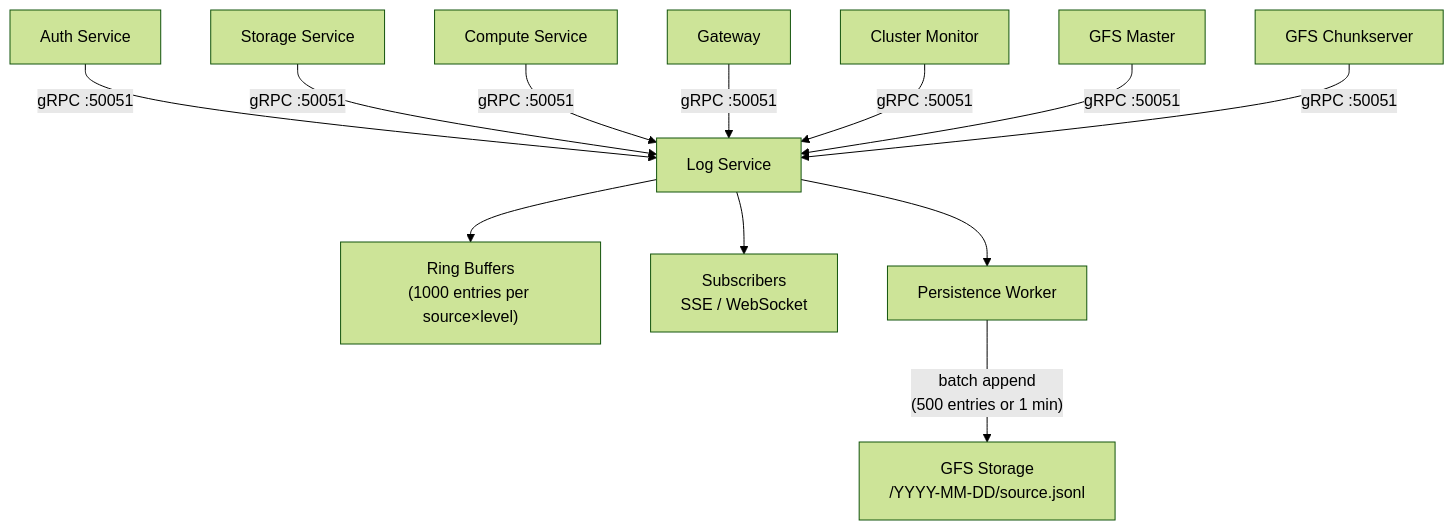
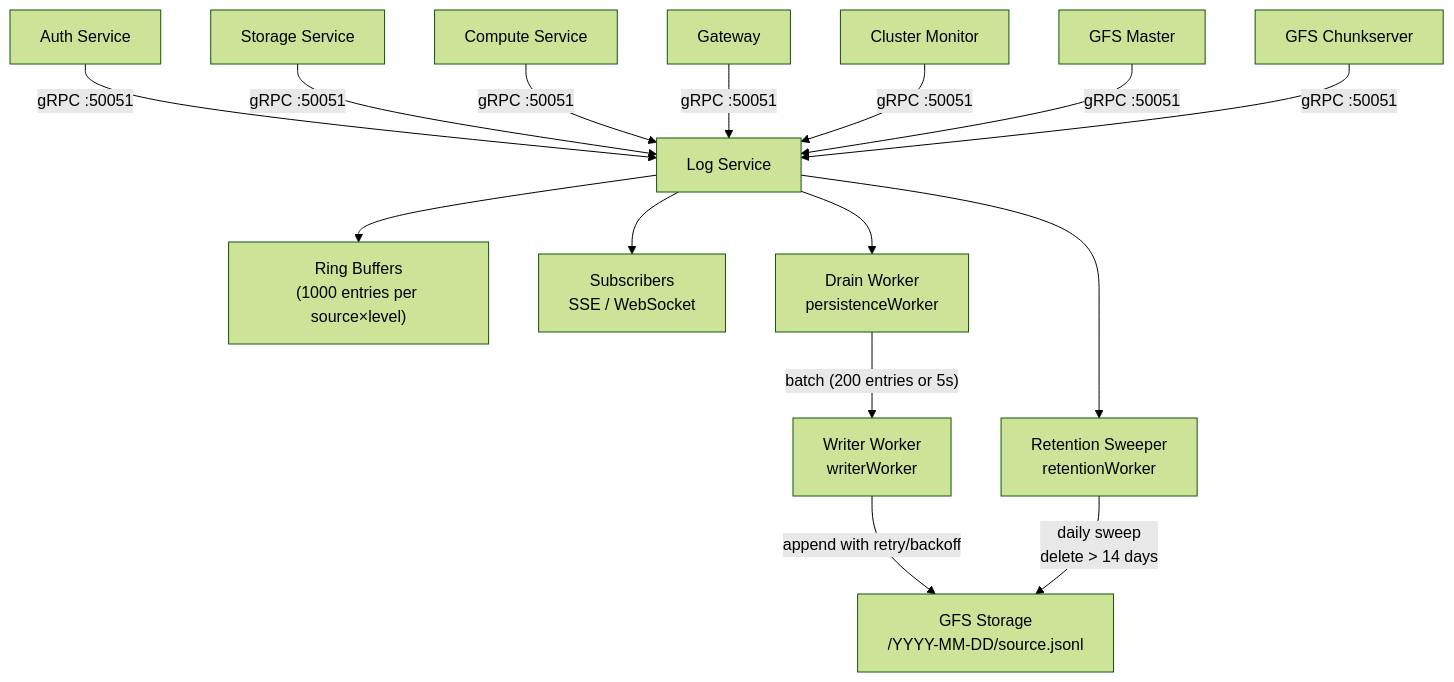
One commit to EddisonSo/cloud changed the diagram in edd-cloud-docs/docs/services/logging.md. Above: the diagram before and after it, drawn with Mermaid (forest theme). The commit also changed other lines of this file and 5 other files, not shown here.

````diff
--- a/edd-cloud-docs/docs/services/logging.md
+++ b/edd-cloud-docs/docs/services/logging.md
@@ -19,16 +19,19 @@
 ```mermaid
 flowchart TB
     Auth[Auth Service] -->|gRPC :50051| LS[Log Service]
     Storage[Storage Service] -->|gRPC :50051| LS
     Compute[Compute Service] -->|gRPC :50051| LS
     Gateway[Gateway] -->|gRPC :50051| LS
     CM[Cluster Monitor] -->|gRPC :50051| LS
     GFSMaster[GFS Master] -->|gRPC :50051| LS
     GFSChunk[GFS Chunkserver] -->|gRPC :50051| LS
 
     LS --> RB["Ring Buffers<br/>(1000 entries per source×level)"]
     LS --> Sub[Subscribers<br/>SSE / WebSocket]
-    LS --> PW[Persistence Worker]
+    LS --> PW[Drain Worker<br/>persistenceWorker]
+    LS --> RET[Retention Sweeper<br/>retentionWorker]
 
-    PW -->|"batch append<br/>(500 entries or 1 min)"| GFS[GFS Storage<br/>/YYYY-MM-DD/source.jsonl]
+    PW -->|"batch (200 entries or 5s)"| WW[Writer Worker<br/>writerWorker]
+    WW -->|"append with retry/backoff"| GFS[GFS Storage<br/>/YYYY-MM-DD/source.jsonl]
+    RET -->|"daily sweep<br/>delete > 14 days"| GFS
 ```
````
